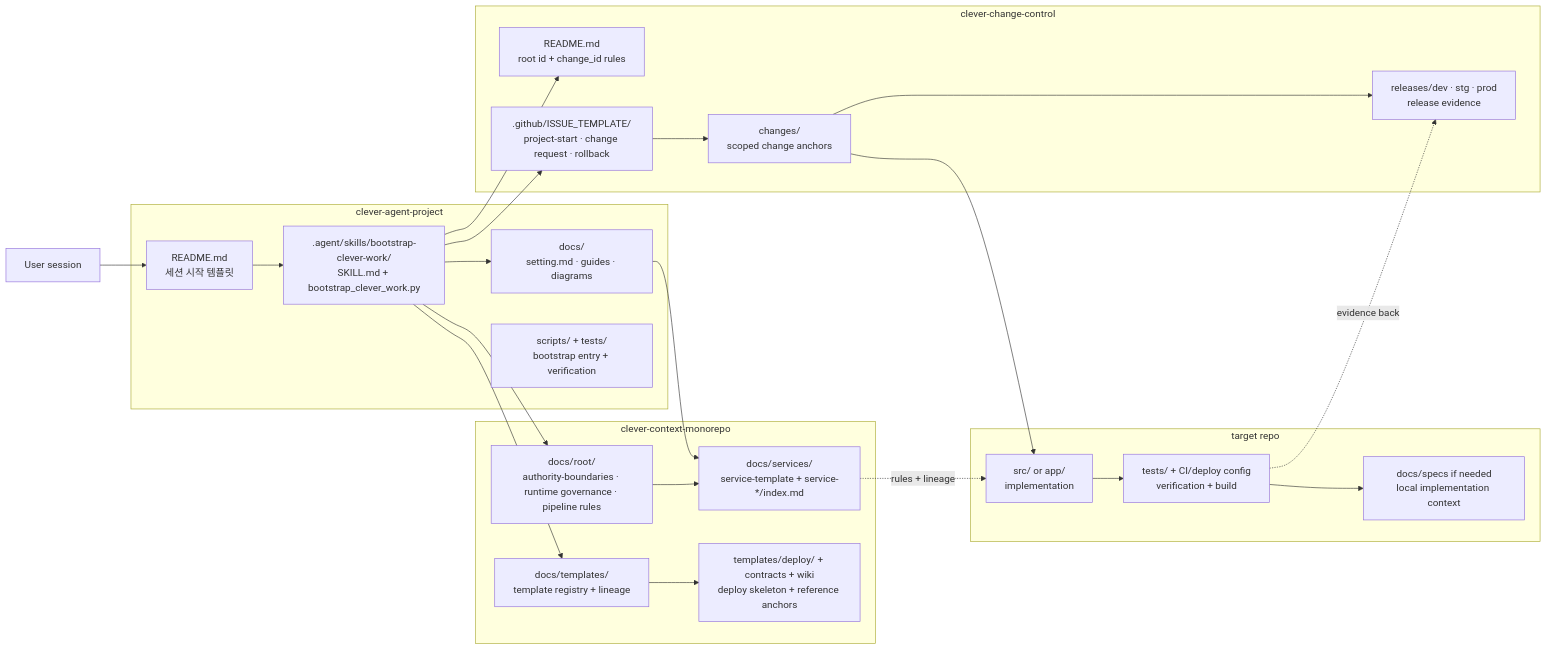
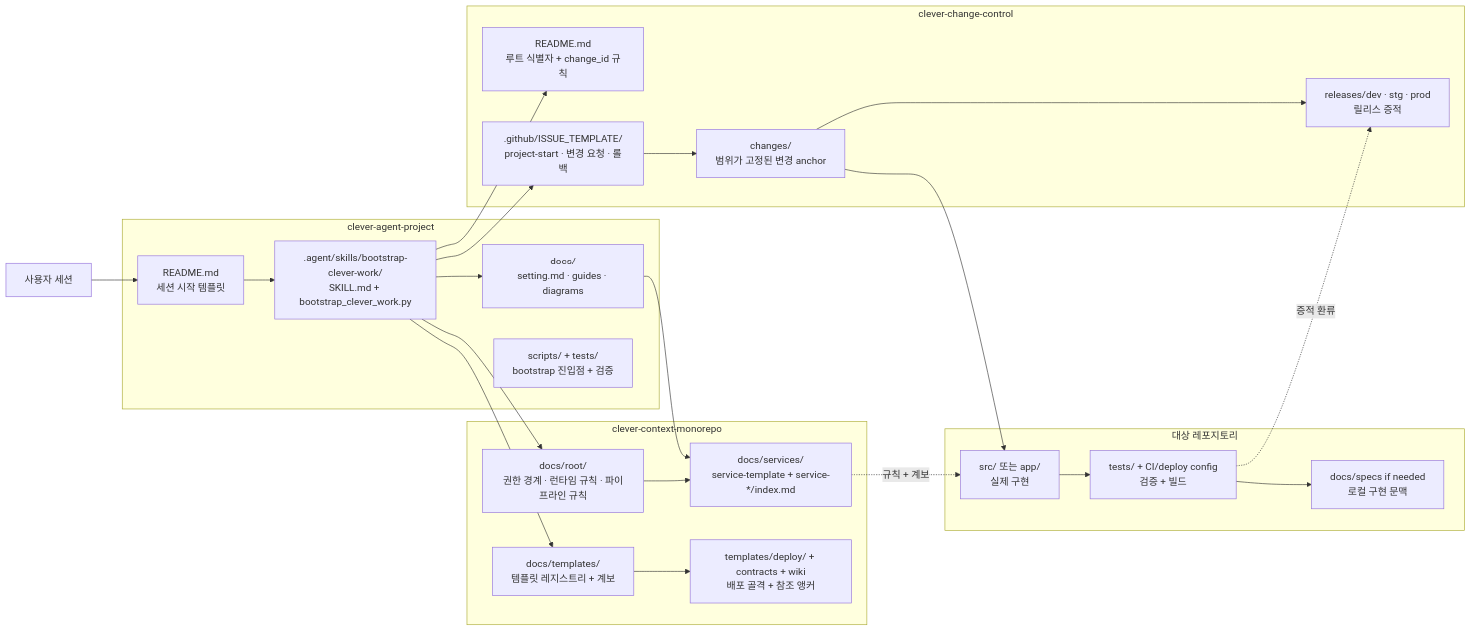
Before and after one commit to EVNSolution/clever-agent-project: the diagram in docs/diagrams/clever-control-plane-overview.md, drawn with Mermaid. The commit also changed other lines of this file and 4 other files, not shown here.

Commit message:
한글 README로 재구성하고 다이어그램 노출 정리

````diff
--- a/docs/diagrams/clever-control-plane-overview.md
+++ b/docs/diagrams/clever-control-plane-overview.md
@@ -5,49 +5,49 @@
 ```mermaid
 flowchart LR
-    user["User session"]
+    user["사용자 세션"]
 
     subgraph AP["clever-agent-project"]
         ap_readme["README.md<br/>세션 시작 템플릿"]
         ap_skill[".agent/skills/bootstrap-clever-work/<br/>SKILL.md + bootstrap_clever_work.py"]
         ap_docs["docs/<br/>setting.md · guides · diagrams"]
-        ap_runtime["scripts/ + tests/<br/>bootstrap entry + verification"]
+        ap_runtime["scripts/ + tests/<br/>bootstrap 진입점 + 검증"]
     end
 
     subgraph CTX["clever-context-monorepo"]
-        ctx_root["docs/root/<br/>authority-boundaries · runtime governance · pipeline rules"]
+        ctx_root["docs/root/<br/>권한 경계 · 런타임 규칙 · 파이프라인 규칙"]
         ctx_services["docs/services/<br/>service-template + service-*/index.md"]
-        ctx_templates["docs/templates/<br/>template registry + lineage"]
-        ctx_support["templates/deploy/ + contracts + wiki<br/>deploy skeleton + reference anchors"]
+        ctx_templates["docs/templates/<br/>템플릿 레지스트리 + 계보"]
+        ctx_support["templates/deploy/ + contracts + wiki<br/>배포 골격 + 참조 앵커"]
     end
 
     subgraph CC["clever-change-control"]
-        cc_readme["README.md<br/>root id + change_id rules"]
-        cc_issue[".github/ISSUE_TEMPLATE/<br/>project-start · change request · rollback"]
-        cc_changes["changes/<br/>scoped change anchors"]
-        cc_releases["releases/dev · stg · prod<br/>release evidence"]
+        cc_readme["README.md<br/>루트 식별자 + change_id 규칙"]
+        cc_issue[".github/ISSUE_TEMPLATE/<br/>project-start · 변경 요청 · 롤백"]
+        cc_changes["changes/<br/>범위가 고정된 변경 anchor"]
+        cc_releases["releases/dev · stg · prod<br/>릴리스 증적"]
     end
 
-    subgraph TR["target repo"]
-        tr_code["src/ or app/<br/>implementation"]
-        tr_tests["tests/ + CI/deploy config<br/>verification + build"]
-        tr_docs["docs/specs if needed<br/>local implementation context"]
+    subgraph TR["대상 레포지토리"]
+        tr_code["src/ 또는 app/<br/>실제 구현"]
+        tr_tests["tests/ + CI/deploy config<br/>검증 + 빌드"]
+        tr_docs["docs/specs if needed<br/>로컬 구현 문맥"]
     end
 
     user --> ap_readme
     ap_readme --> ap_skill
     ap_skill --> ap_docs
     ap_skill --> ctx_root
     ap_skill --> ctx_templates
     ap_docs --> ctx_services
     ctx_root --> ctx_services
     ctx_templates --> ctx_support
     ap_skill --> cc_readme
     ap_skill --> cc_issue
     cc_issue --> cc_changes
     cc_changes --> cc_releases
-    ctx_services -. rules + lineage .-> tr_code
+    ctx_services -. 규칙 + 계보 .-> tr_code
     cc_changes --> tr_code
     tr_code --> tr_tests
     tr_tests --> tr_docs
-    tr_tests -. evidence back .-> cc_releases
+    tr_tests -. 증적 환류 .-> cc_releases
 ```
````
